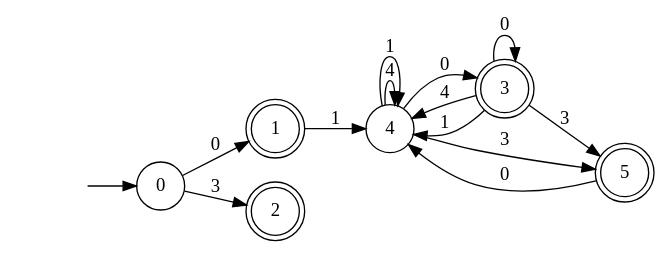
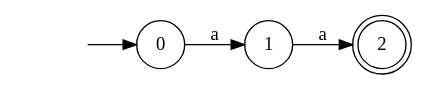
Before and after one commit to Faymiaouent/Automa4U: the diagram in dotfiles/DFA10.dot, drawn with Graphviz. The commit also changed 42 other files, not shown here.

```diff
--- a/dotfiles/DFA10.dot
+++ b/dotfiles/DFA10.dot
@@ -1,23 +1,10 @@
 digraph Automaton {
   rankdir = LR;
 node [shape=circle];
   initial [shape=plaintext,label=""];
   initial -> 0
-  0 -> 1 [label="0"];
-  0 -> 2 [label="3"];
-1 [shape=doublecircle]; 
-  1 -> 4 [label="1"];
+  0 -> 1 [label="a"];
+node [shape=circle];
+  1 -> 2 [label="a"];
 2 [shape=doublecircle]; 
-3 [shape=doublecircle]; 
-  3 -> 3 [label="0"];
-  3 -> 4 [label="4"];
-  3 -> 4 [label="1"];
-  3 -> 5 [label="3"];
-node [shape=circle];
-  4 -> 3 [label="0"];
-  4 -> 4 [label="4"];
-  4 -> 4 [label="1"];
-  4 -> 5 [label="3"];
-5 [shape=doublecircle]; 
-  5 -> 4 [label="0"];
 }
```
